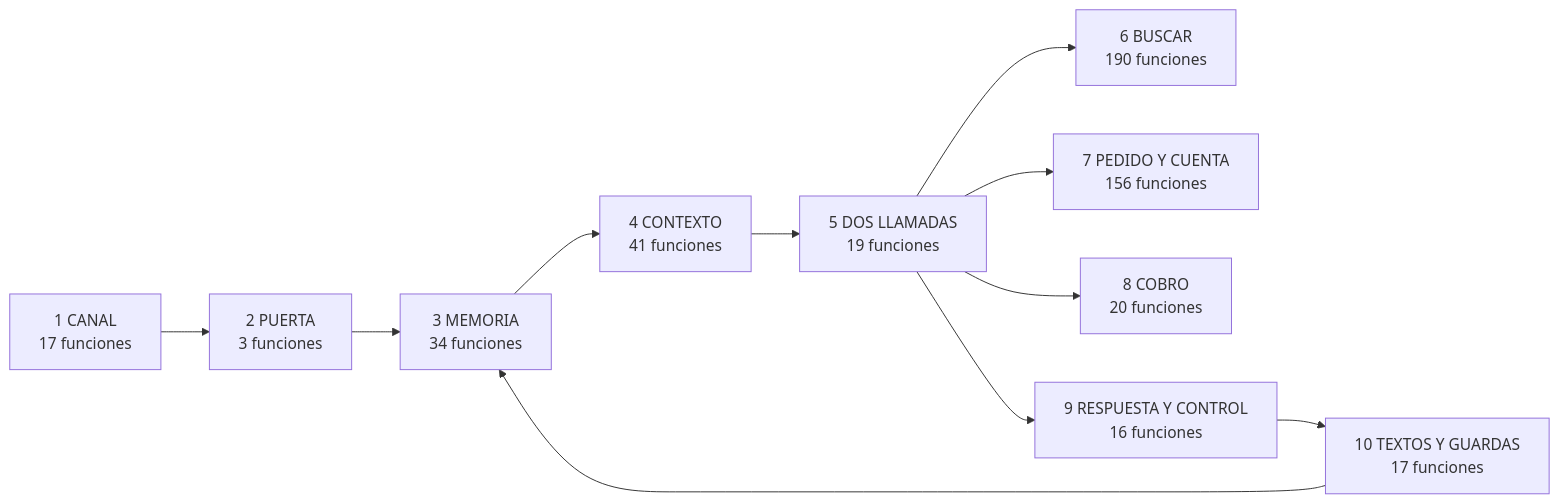
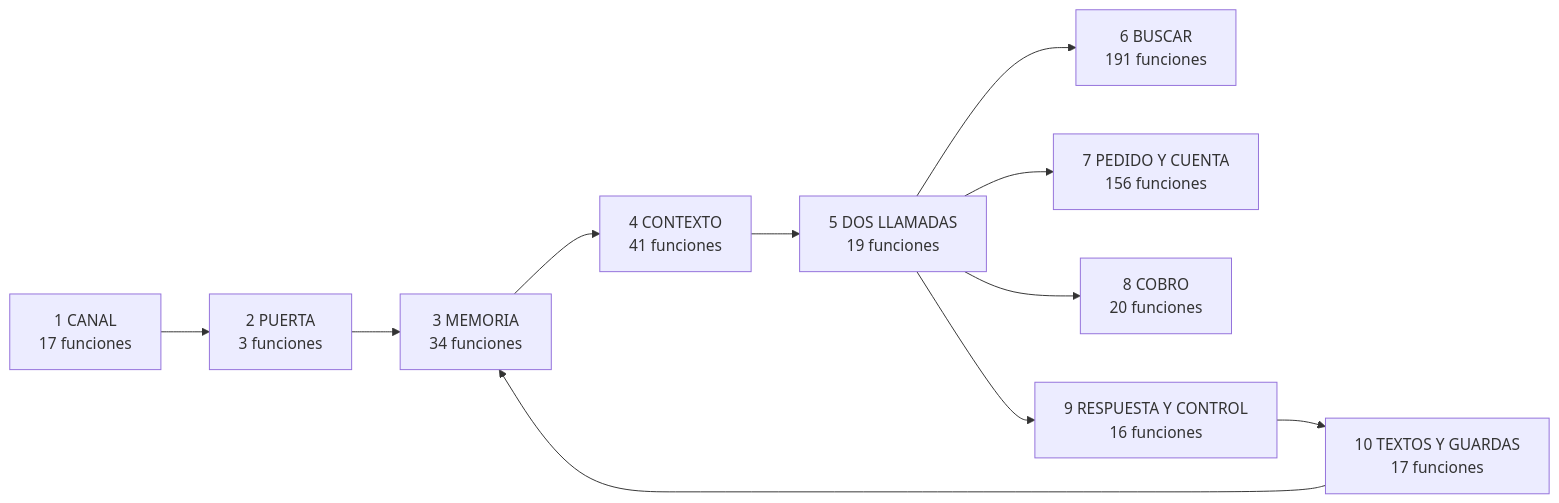
The diagram in arquitectura/DIAGRAMA_FLUJO.md (martinrf79/Verifika), drawn with Mermaid before and after one commit. The commit also changed other lines of this file and 4 other files, not shown here.

````diff
--- a/arquitectura/DIAGRAMA_FLUJO.md
+++ b/arquitectura/DIAGRAMA_FLUJO.md
@@ -11,20 +11,20 @@
 ```mermaid
 flowchart LR
   C1["1 CANAL<br/>17 funciones"]
   C2["2 PUERTA<br/>3 funciones"]
   C3["3 MEMORIA<br/>34 funciones"]
   C4["4 CONTEXTO<br/>41 funciones"]
   C5["5 DOS LLAMADAS<br/>19 funciones"]
-  C6["6 BUSCAR<br/>190 funciones"]
+  C6["6 BUSCAR<br/>191 funciones"]
   C7["7 PEDIDO Y CUENTA<br/>156 funciones"]
   C8["8 COBRO<br/>20 funciones"]
   C9["9 RESPUESTA Y CONTROL<br/>16 funciones"]
   C10["10 TEXTOS Y GUARDAS<br/>17 funciones"]
   C1 --> C2 --> C3 --> C4 --> C5
   C5 --> C6
   C5 --> C7
   C5 --> C8
   C5 --> C9
   C9 --> C10
   C10 --> C3
 ```
````
